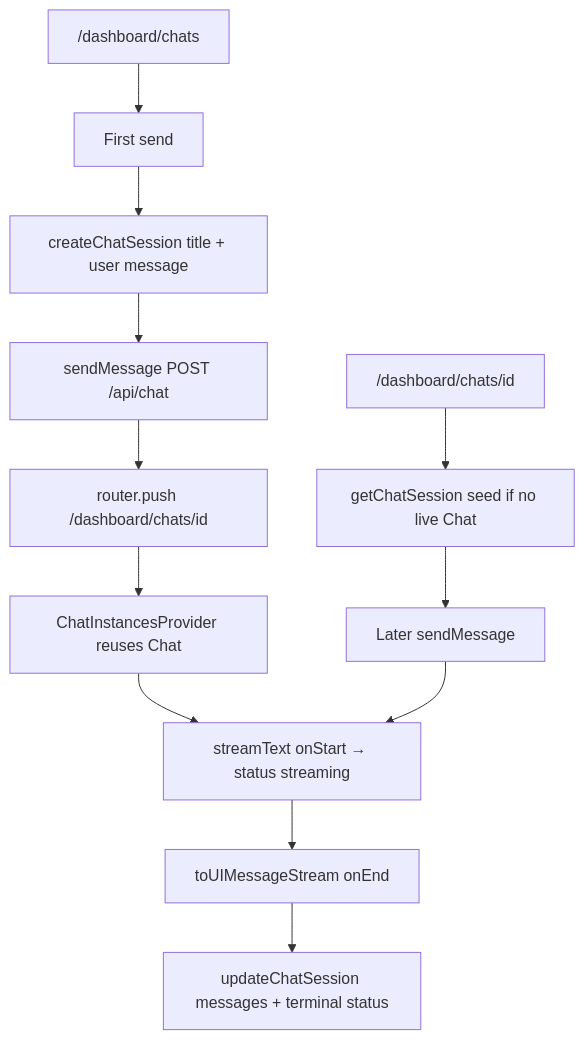
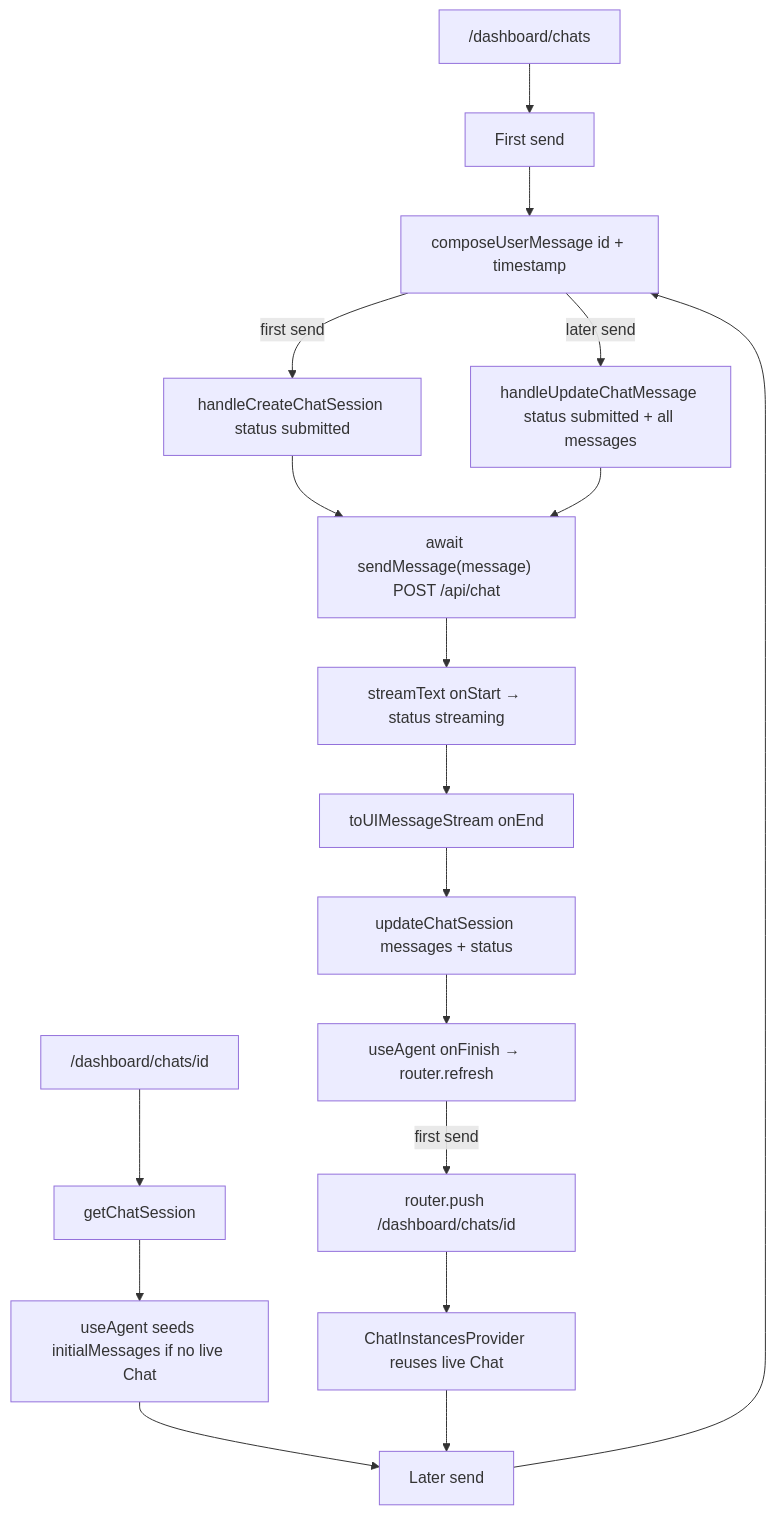
Before and after one commit to brandon-cercedo/root-next-template: the first of 4 diagrams in docs/chatbot.md, drawn with Mermaid. The commit also changed other lines of this file and 16 other files, not shown here.

First line of the commit message:
feat(RNT-90): stop favorite toggles from bumping chat session updatedAt (#55)

````diff
--- a/docs/chatbot.md
+++ b/docs/chatbot.md
@@ -50,14 +50,20 @@
 ```mermaid
 flowchart TD
   NewChat["/dashboard/chats"] --> FirstSend["First send"]
-  FirstSend --> Create["createChatSession title + user message"]
-  Create --> Stream["sendMessage POST /api/chat"]
-  Stream --> Push["router.push /dashboard/chats/id"]
-  Push --> Reuse["ChatInstancesProvider reuses Chat"]
-  Existing["/dashboard/chats/id"] --> Load["getChatSession seed if no live Chat"]
-  Load --> Later["Later sendMessage"]
-  Reuse --> OnStart["streamText onStart → status streaming"]
-  Later --> OnStart
+  Existing["/dashboard/chats/id"] --> Load["getChatSession"]
+  Load --> Seed["useAgent seeds initialMessages if no live Chat"]
+  Seed --> LaterSend["Later send"]
+  FirstSend --> Compose["composeUserMessage id + timestamp"]
+  LaterSend --> Compose
+  Compose -->|first send| Create["handleCreateChatSession status submitted"]
+  Compose -->|later send| Update["handleUpdateChatMessage status submitted + all messages"]
+  Create --> Send["await sendMessage(message) POST /api/chat"]
+  Update --> Send
+  Send --> OnStart["streamText onStart → status streaming"]
   OnStart --> OnEnd["toUIMessageStream onEnd"]
-  OnEnd --> Persist["updateChatSession messages + terminal status"]
+  OnEnd --> Persist["updateChatSession messages + status"]
+  Persist --> Refresh["useAgent onFinish → router.refresh"]
+  Refresh -->|first send| Push["router.push /dashboard/chats/id"]
+  Push --> Reuse["ChatInstancesProvider reuses live Chat"]
+  Reuse --> LaterSend
 ```
````
